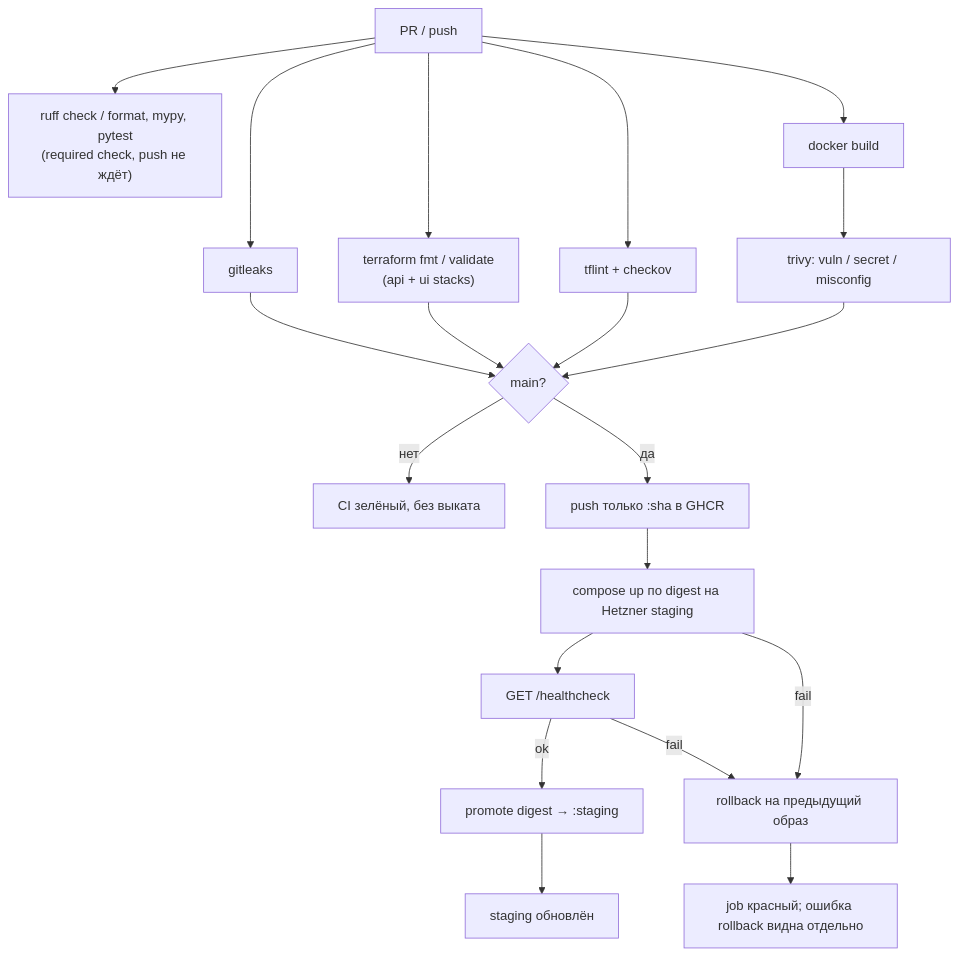
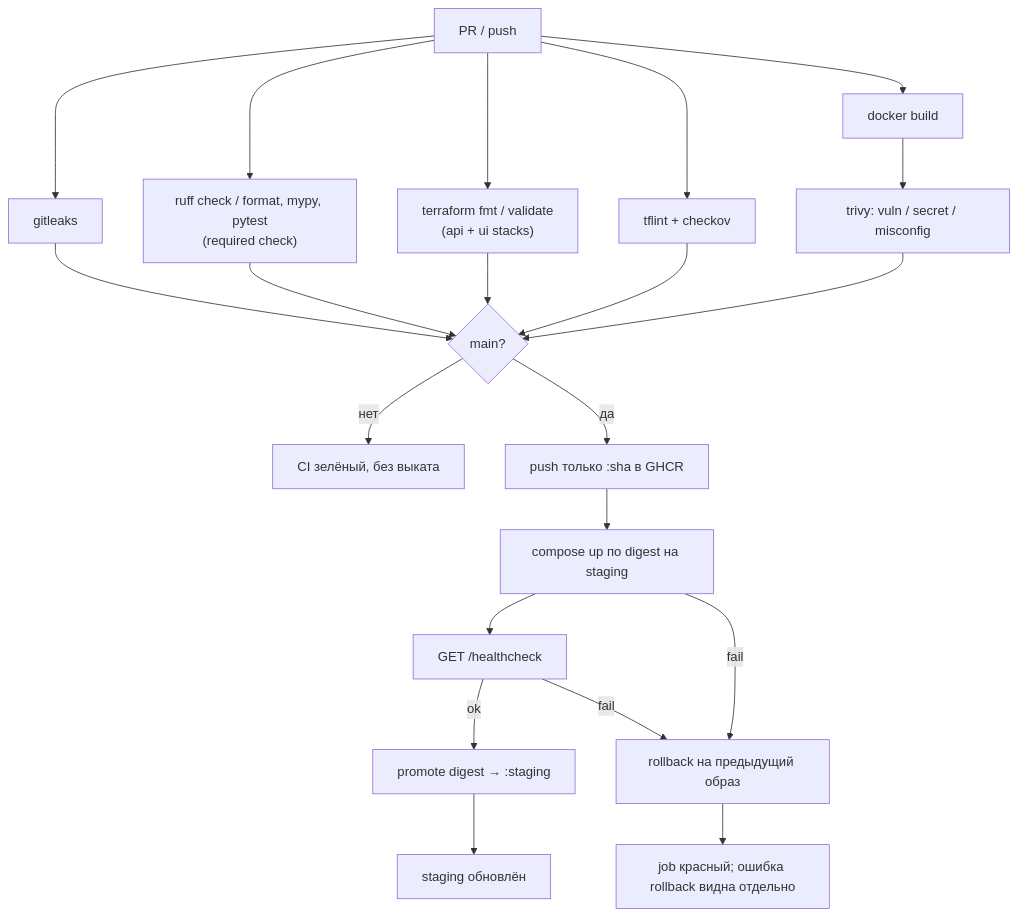
The diagram in docs/CICD.md (larchanka-training/dmc-268-api-t6), drawn with Mermaid before and after one commit. The commit also changed other lines of this file and 11 other files, not shown here.

First line of the commit message:
feat(deploy): add RabbitMQ, Redis and app secrets to staging (#35) (#45)

````diff
--- a/docs/CICD.md
+++ b/docs/CICD.md
@@ -15,22 +15,23 @@
 ```mermaid
 flowchart TD
   pr["PR / push"] --> secrets["gitleaks"]
   pr --> tf["terraform fmt / validate\n(api + ui stacks)"]
   pr --> lint["tflint + checkov"]
-  pr --> py["ruff check / format, mypy, pytest\n(required check, push не ждёт)"]
+  pr --> py["ruff check / format, mypy, pytest\n(required check)"]
   pr --> build["docker build"]
   build --> scan["trivy: vuln / secret / misconfig"]
   secrets --> gate{"main?"}
+  py --> gate
   tf --> gate
   lint --> gate
   scan --> gate
   gate -->|нет| stop["CI зелёный, без выката"]
   gate -->|да| push["push только :sha в GHCR"]
-  push --> deploy["compose up по digest на Hetzner staging"]
+  push --> deploy["compose up по digest на staging"]
   deploy --> health["GET /healthcheck"]
   health -->|ok| promote["promote digest → :staging"]
   promote --> done["staging обновлён"]
   health -->|fail| rb["rollback на предыдущий образ"]
   deploy -->|fail| rb
   rb --> fail["job красный; ошибка rollback видна отдельно"]
 ```
````
